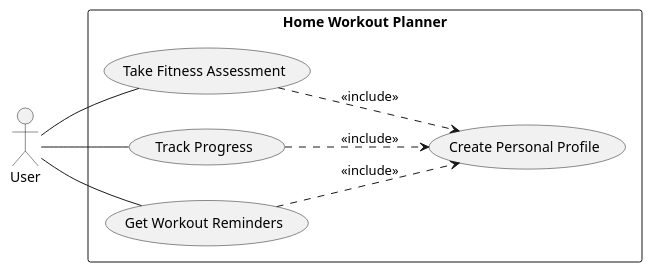
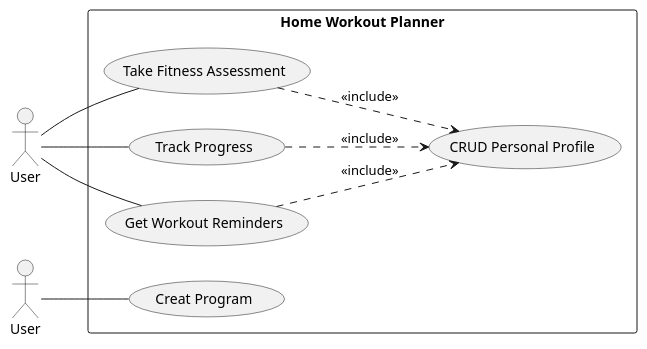
Before and after one commit to Suirita/4.launch-of-the-red-thread-project: the diagram in Use Case Diagram/inp/use_case_diagram.pu, drawn with PlantUML. The commit also changed 11 other files, not shown here.

```diff
--- a/Use Case Diagram/inp/use_case_diagram.pu
+++ b/Use Case Diagram/inp/use_case_diagram.pu
@@ -1,20 +1,23 @@
 @startuml home_workout_planner
 left to right direction
 
 actor User as user
+actor User as admin
 
 rectangle "Home Workout Planner" {
-usecase "Create Personal Profile" as UC1
+usecase "Creat Program" as UC1
 usecase "Take Fitness Assessment" as UC2
 usecase "Track Progress" as UC3
 usecase "Get Workout Reminders" as UC4
+usecase "CRUD Personal Profile" as UC5
 }
 
+admin -- UC1
 user -- UC2
 user -- UC3
 user -- UC4
-UC2 ..> UC1:<<include>>
-UC3 ..> UC1:<<include>>
-UC4 ..> UC1:<<include>>
+UC2 ..> UC5:<<include>>
+UC3 ..> UC5:<<include>>
+UC4 ..> UC5:<<include>>
 
 @enduml
```
